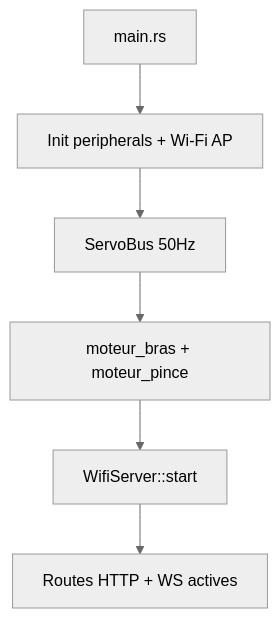
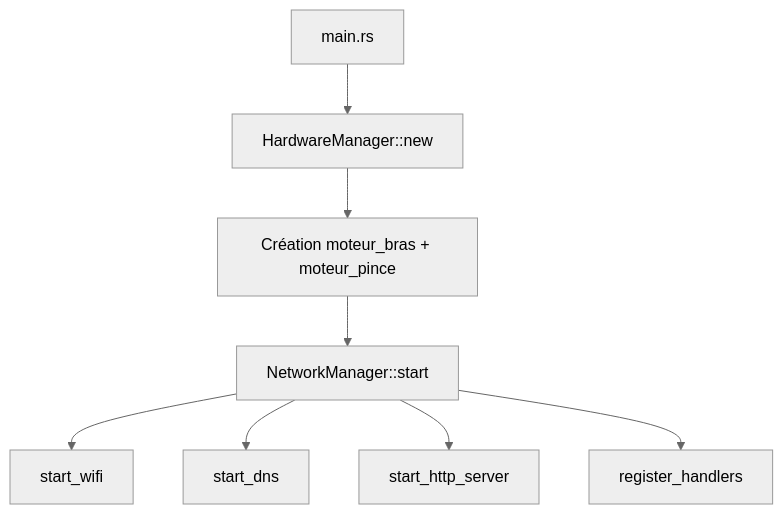
One commit to vigreux8/learn-rust-esp32 changed the diagram in architecture.md. Above: the diagram before and after it, drawn with Mermaid (neutral theme). The commit also changed other lines of this file and 28 other files, not shown here.

Commit message:
refacto(architecture) : j'ai demander a codex de respecter mon nouveaux tree sans retoucher a la logique  (il y a encore des probléme d'architecture  coter network ou les responsabilité ne sont pas parfaitement couper

````diff
--- a/architecture.md
+++ b/architecture.md
@@ -70,8 +107,10 @@
 ```mermaid
 flowchart TD
-    A[main.rs] --> B[Init peripherals + Wi-Fi AP]
-    B --> C[ServoBus 50Hz]
-    C --> D[moteur_bras + moteur_pince]
-    D --> E[WifiServer::start]
-    E --> F[Routes HTTP + WS actives]
+    A[main.rs] --> B[HardwareManager::new]
+    B --> C[Création moteur_bras + moteur_pince]
+    C --> D[NetworkManager::start]
+    D --> E[start_wifi]
+    D --> F[start_dns]
+    D --> G[start_http_server]
+    D --> H[register_handlers]
 ```
````
